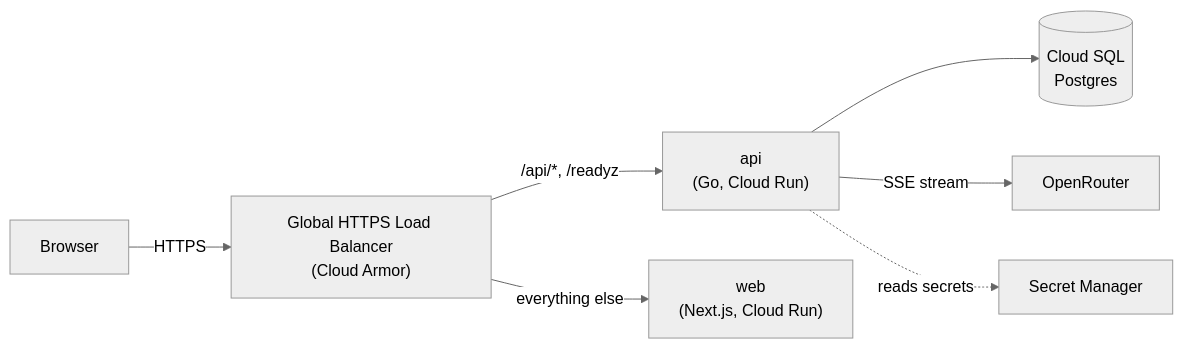
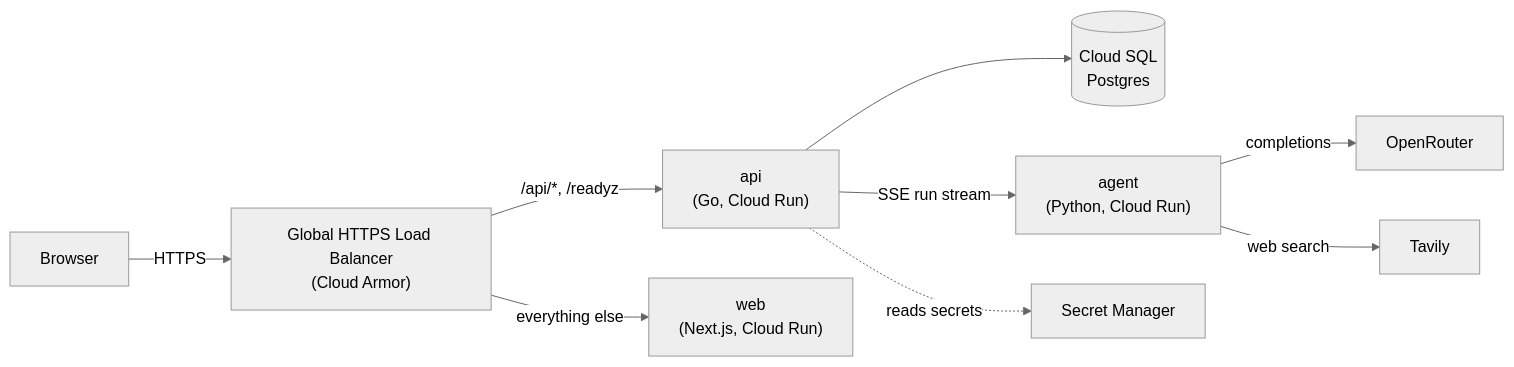
One commit to ALucek/chat-lucek changed the first of 2 diagrams in docs/architecture.md. Above: the diagram before and after it, drawn with Mermaid (neutral theme). The commit also changed other lines of this file and 93 other files, not shown here.

````diff
--- a/docs/architecture.md
+++ b/docs/architecture.md
@@ -5,9 +5,11 @@
 ```mermaid
 flowchart LR
     Browser -->|HTTPS| LB["Global HTTPS Load Balancer<br/>(Cloud Armor)"]
     LB -->|"/api/*, /readyz"| API["api<br/>(Go, Cloud Run)"]
     LB -->|everything else| WEB["web<br/>(Next.js, Cloud Run)"]
     API --> DB[("Cloud SQL<br/>Postgres")]
-    API -->|SSE stream| LLM["OpenRouter"]
+    API -->|SSE run stream| AGENT["agent<br/>(Python, Cloud Run)"]
+    AGENT -->|completions| LLM["OpenRouter"]
+    AGENT -->|web search| TAVILY["Tavily"]
     API -.->|reads secrets| SM["Secret Manager"]
 ```
````
